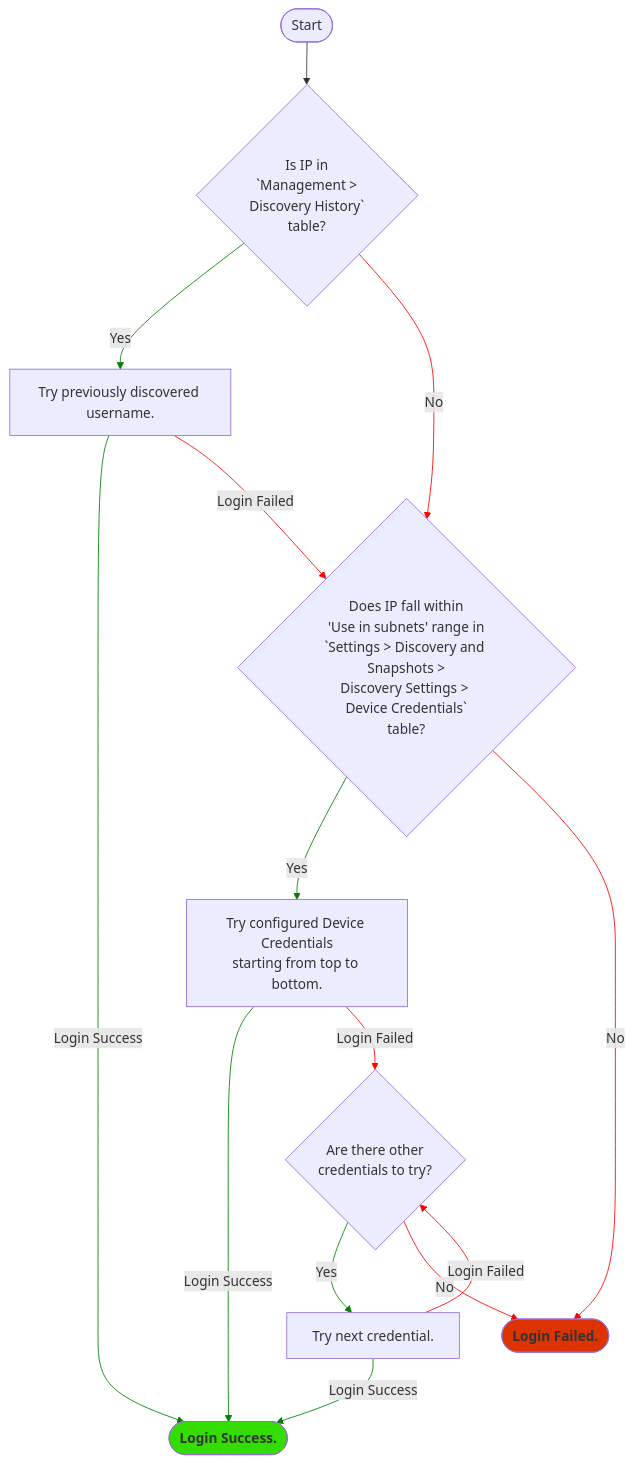
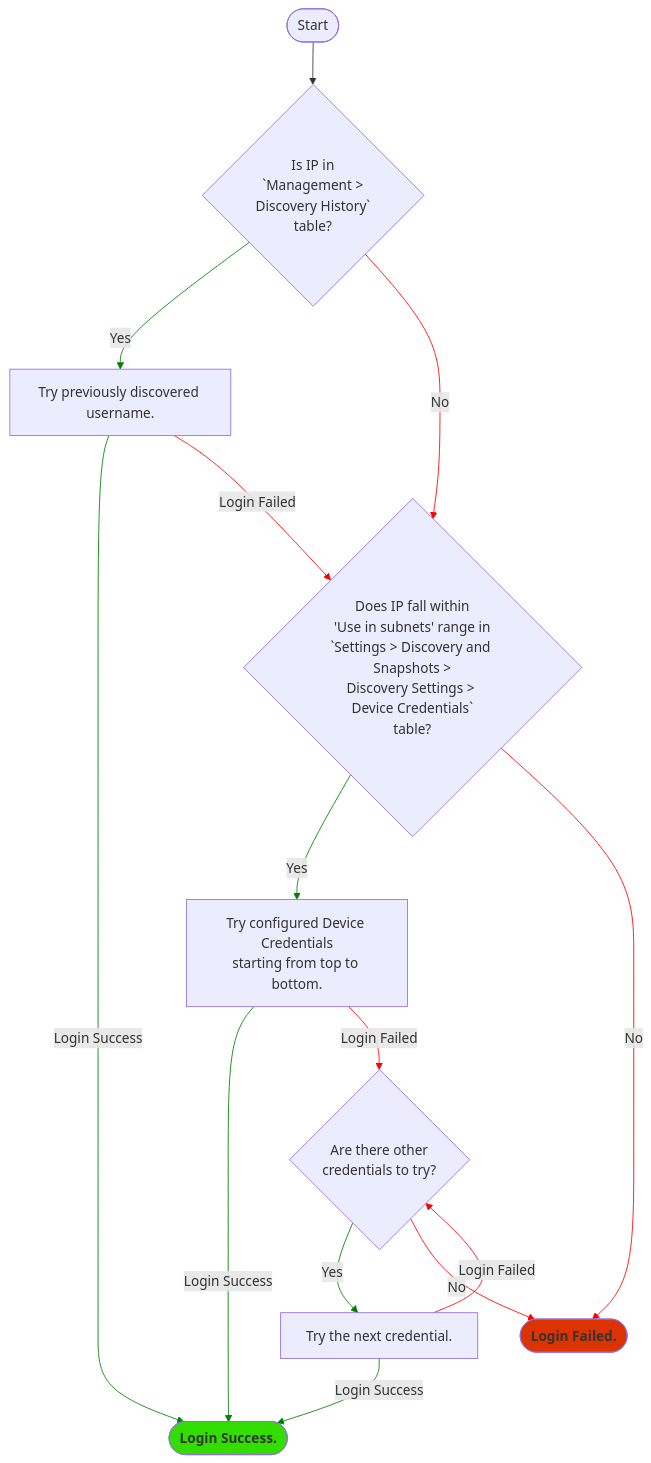
One commit to ipfabric/docs changed the diagram in docs/IP_Fabric_Settings/Discovery_and_Snapshots/Discovery_Settings/device_credentials.md. Above: the diagram before and after it, drawn with Mermaid. The commit also changed other lines of this file and 43 other files, not shown here.

````diff
--- a/docs/IP_Fabric_Settings/Discovery_and_Snapshots/Discovery_Settings/device_credentials.md
+++ b/docs/IP_Fabric_Settings/Discovery_and_Snapshots/Discovery_Settings/device_credentials.md
@@ -18,21 +18,21 @@
 ```mermaid
 flowchart TD
     A([Start]) --> discoveryHistory{Is IP in<br/>`Management ><br/>Discovery History`<br/>table?}
     discoveryHistory --> |Yes|previousUsername[Try previously discovered username.]
     discoveryHistory --> |No|configuredAuth{Does IP fall within<br/>'Use in subnets' range in<br/>`Settings > Discovery and Snapshots ><br/>Discovery Settings > Device Credentials`<br/>table?}
     configuredAuth --> |Yes|tryAuth[Try configured Device Credentials<br/>starting from top to bottom.]
     configuredAuth --> |No|loginFailed([<b>Login Failed.</b>])
     tryAuth --> |Login Success|loginSuccess([<b>Login Success.</b>])
     tryAuth --> |Login Failed|otherCreds{Are there other<br/>credentials to try?}
     previousUsername --> |Login Success|loginSuccess
     previousUsername --> |Login Failed|configuredAuth
-    otherCreds --> |Yes|tryNext[Try next credential.]
+    otherCreds --> |Yes|tryNext[Try the next credential.]
     otherCreds --> |No|loginFailed
     tryNext --> |Login Success|loginSuccess
     tryNext --> |Login Failed|otherCreds
 
     style loginFailed fill:#dd3300
     style loginSuccess fill:#33dd00
     linkStyle 2,4,6,8,10,12 stroke:red;
     linkStyle 1,3,5,7,9,11 stroke:green;
 ```
````
